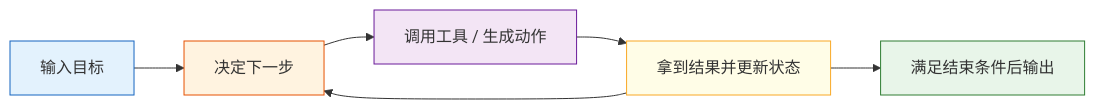
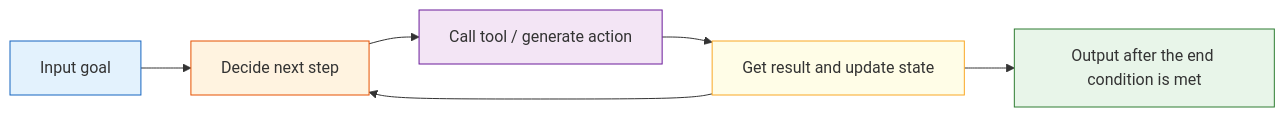
Before and after one commit to oudbiao/AI-fullstack-course: the diagram in docs/ch09-agent/ch01-agent-basics/04-system-architecture.md, drawn with Mermaid. The commit also changed other lines of this file and 1406 other files, not shown here.

````diff
--- a/docs/ch09-agent/ch01-agent-basics/04-system-architecture.md
+++ b/docs/ch09-agent/ch01-agent-basics/04-system-architecture.md
@@ -110,14 +110,14 @@
 ```mermaid
 flowchart LR
-    A["输入目标"] --> B["决定下一步"]
-    B --> C["调用工具 / 生成动作"]
-    C --> D["拿到结果并更新状态"]
+    A["Input goal"] --> B["Decide next step"]
+    B --> C["Call tool / generate action"]
+    C --> D["Get result and update state"]
     D --> B
-    D --> E["满足结束条件后输出"]
+    D --> E["Output after the end condition is met"]
 
     style A fill:#e3f2fd,stroke:#1565c0,color:#333
     style B fill:#fff3e0,stroke:#e65100,color:#333
     style C fill:#f3e5f5,stroke:#6a1b9a,color:#333
     style D fill:#fffde7,stroke:#f9a825,color:#333
     style E fill:#e8f5e9,stroke:#2e7d32,color:#333
 ```
````
